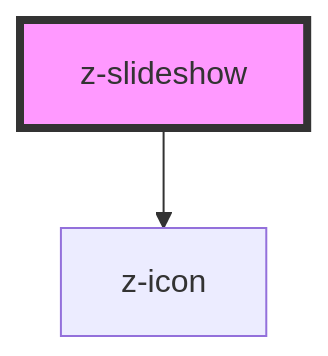
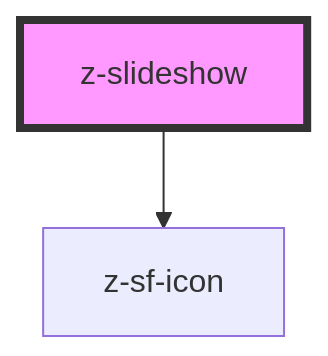
One commit to ZanichelliEditore/design-system changed the diagram in src/snowflakes/myz/z-slideshow/readme.md. Above: the diagram before and after it, drawn with Mermaid. The commit also changed other lines of this file and 25 other files, not shown here.

````diff
--- a/src/snowflakes/myz/z-slideshow/readme.md
+++ b/src/snowflakes/myz/z-slideshow/readme.md
@@ -29,5 +29,5 @@
 ```mermaid
 graph TD;
-  z-slideshow --> z-icon
+  z-slideshow --> z-sf-icon
   style z-slideshow fill:#f9f,stroke:#333,stroke-width:4px
 ```
````
